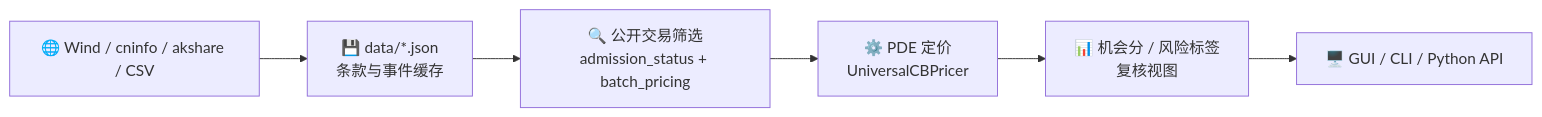
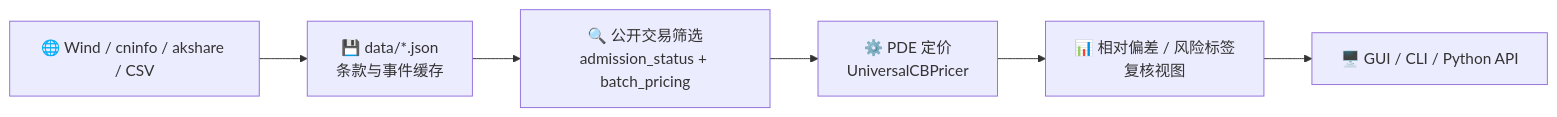
One commit to Grefer/CBLens changed the diagram in README.md. Above: the diagram before and after it, drawn with Mermaid. The commit also changed other lines of this file and 27 other files, not shown here.

````diff
--- a/README.md
+++ b/README.md
@@ -208,8 +208,8 @@
 ```mermaid
 flowchart LR
     A["🌐 Wind / cninfo / akshare / CSV"] --> B["💾 data/*.json<br/>条款与事件缓存"]
     B --> C["🔍 公开交易筛选<br/>admission_status + batch_pricing"]
     C --> D["⚙️ PDE 定价<br/>UniversalCBPricer"]
-    D --> E["📊 机会分 / 风险标签<br/>复核视图"]
+    D --> E["📊 相对偏差 / 风险标签<br/>复核视图"]
     E --> F["🖥️ GUI / CLI / Python API"]
 ```
````
